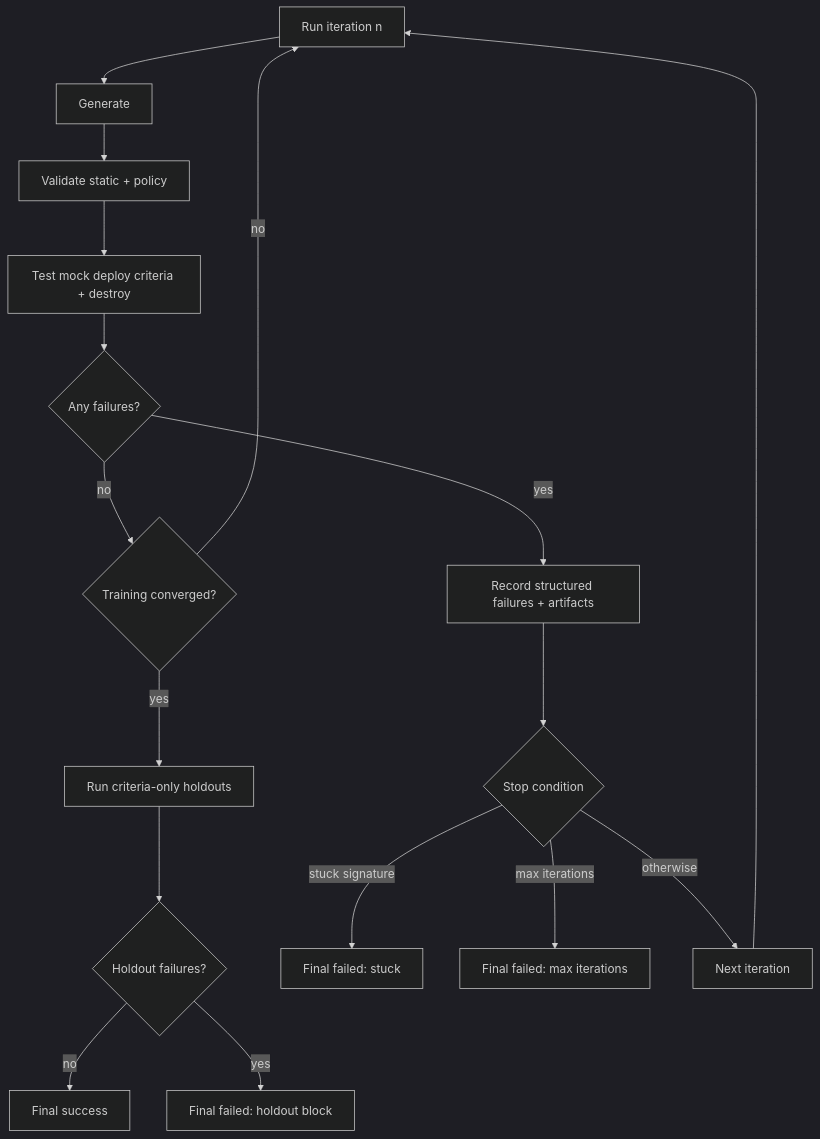
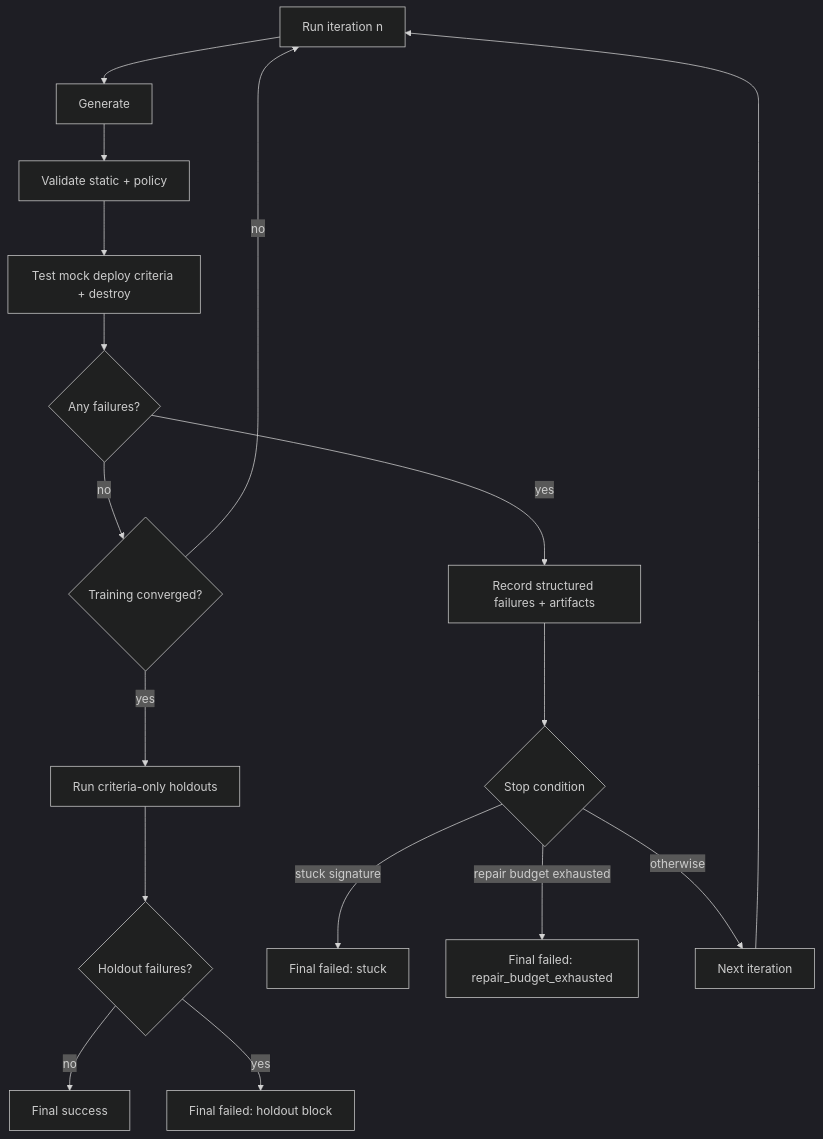
The third of 3 diagrams in README.md (redscaresu/infrafactory), drawn with Mermaid (dark theme) before and after one commit. The commit also changed other lines of this file and 21 other files, not shown here.

````diff
--- a/README.md
+++ b/README.md
@@ -102,20 +102,20 @@
 ```mermaid
 flowchart TD
     A[Run iteration n] --> B[Generate]
     B --> C[Validate static + policy]
     C --> D[Test mock deploy criteria + destroy]
     D --> E{Any failures?}
     E -- no --> F{Training converged?}
     F -- no --> A
     F -- yes --> G[Run criteria-only holdouts]
     G --> H{Holdout failures?}
     H -- no --> I[Final success]
     H -- yes --> J[Final failed: holdout block]
 
     E -- yes --> K[Record structured failures + artifacts]
     K --> L{Stop condition}
     L -- stuck signature --> M[Final failed: stuck]
-    L -- max iterations --> N[Final failed: max iterations]
+    L -- repair budget exhausted --> N[Final failed: repair_budget_exhausted]
     L -- otherwise --> O[Next iteration]
     O --> A
 ```
````
